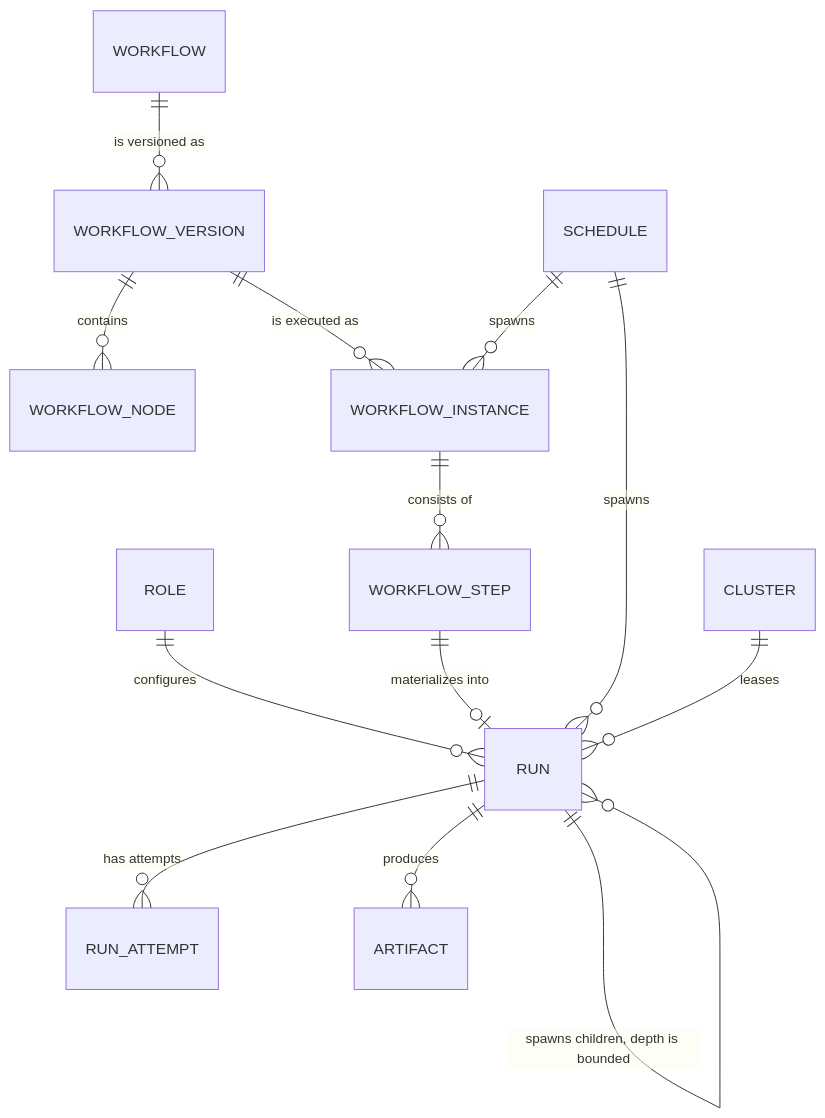
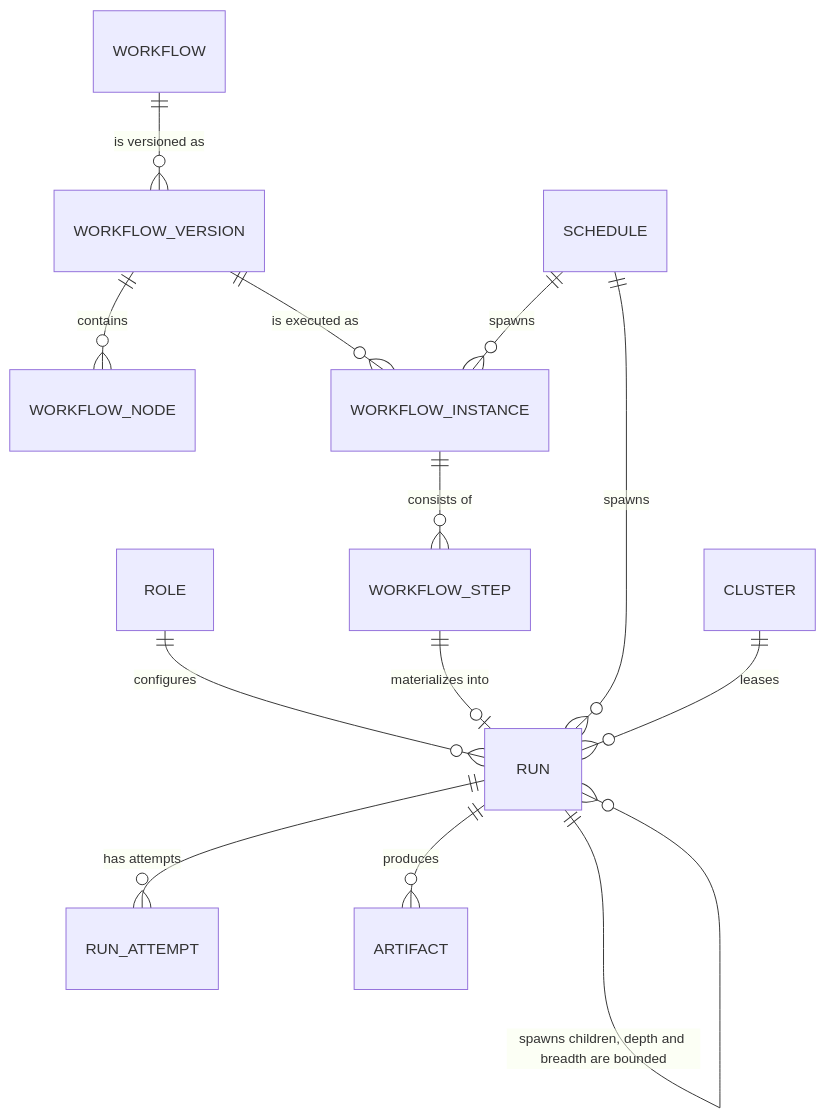
Before and after one commit to javdet/haliphron: the fourth of 8 diagrams in docs/architecture.md, drawn with Mermaid. The commit also changed other lines of this file and 15 other files, not shown here.

````diff
--- a/docs/architecture.md
+++ b/docs/architecture.md
@@ -287,15 +287,15 @@
 ```mermaid
 erDiagram
     ROLE ||--o{ RUN : "configures"
     WORKFLOW ||--o{ WORKFLOW_VERSION : "is versioned as"
     WORKFLOW_VERSION ||--o{ WORKFLOW_NODE : "contains"
     WORKFLOW_VERSION ||--o{ WORKFLOW_INSTANCE : "is executed as"
     WORKFLOW_INSTANCE ||--o{ WORKFLOW_STEP : "consists of"
     WORKFLOW_STEP ||--o| RUN : "materializes into"
     RUN ||--o{ RUN_ATTEMPT : "has attempts"
     RUN ||--o{ ARTIFACT : "produces"
     SCHEDULE ||--o{ RUN : "spawns"
     SCHEDULE ||--o{ WORKFLOW_INSTANCE : "spawns"
     CLUSTER ||--o{ RUN : "leases"
-    RUN ||--o{ RUN : "spawns children, depth is bounded"
+    RUN ||--o{ RUN : "spawns children, depth and breadth are bounded"
 ```
````
